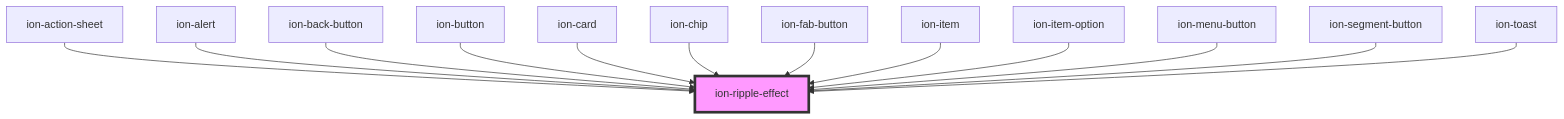
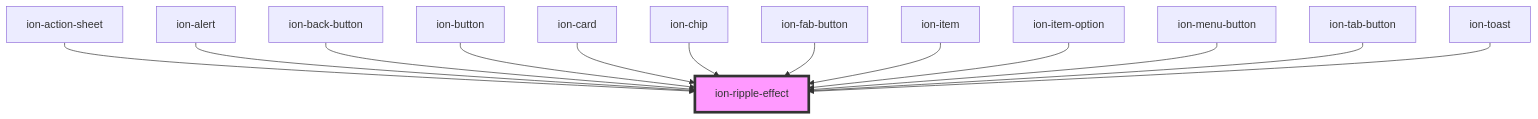
Before and after one commit to MEDGRUPOGIT/ionic-framework-1: the diagram in core/src/components/ripple-effect/readme.md, drawn with Mermaid. The commit also changed other lines of this file and 96 other files, not shown here.

````diff
--- a/core/src/components/ripple-effect/readme.md
+++ b/core/src/components/ripple-effect/readme.md
@@ -226,16 +226,16 @@
 ```mermaid
 graph TD;
   ion-action-sheet --> ion-ripple-effect
   ion-alert --> ion-ripple-effect
   ion-back-button --> ion-ripple-effect
   ion-button --> ion-ripple-effect
   ion-card --> ion-ripple-effect
   ion-chip --> ion-ripple-effect
   ion-fab-button --> ion-ripple-effect
   ion-item --> ion-ripple-effect
   ion-item-option --> ion-ripple-effect
   ion-menu-button --> ion-ripple-effect
-  ion-segment-button --> ion-ripple-effect
+  ion-tab-button --> ion-ripple-effect
   ion-toast --> ion-ripple-effect
   style ion-ripple-effect fill:#f9f,stroke:#333,stroke-width:4px
 ```
````
